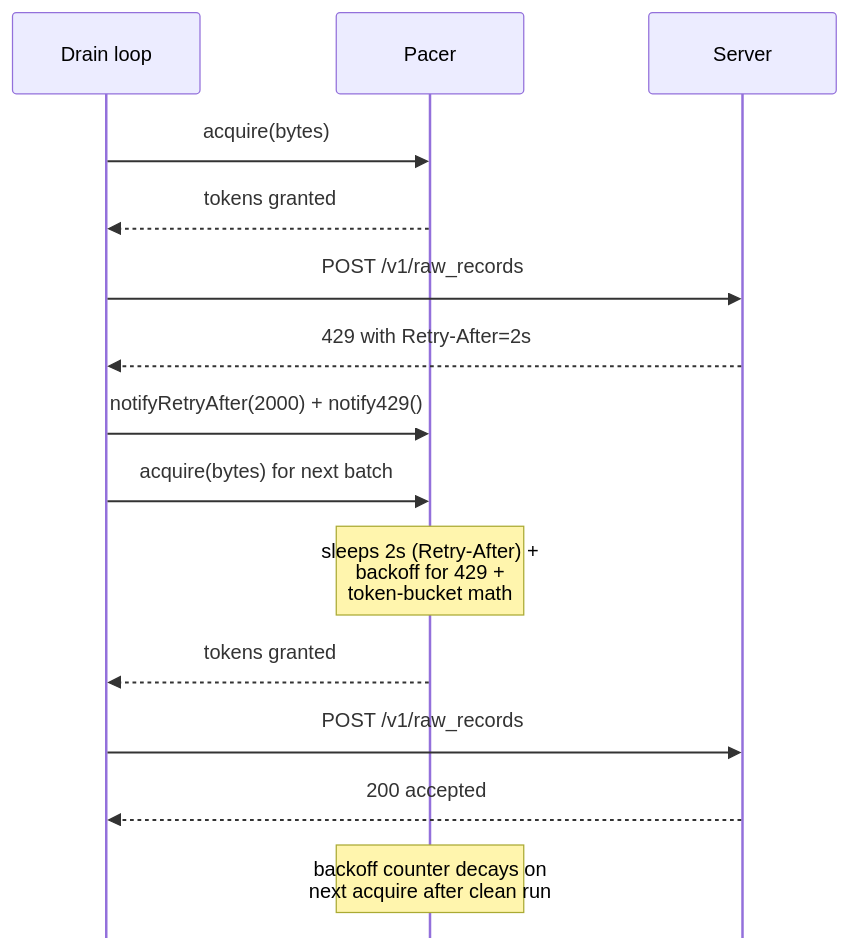
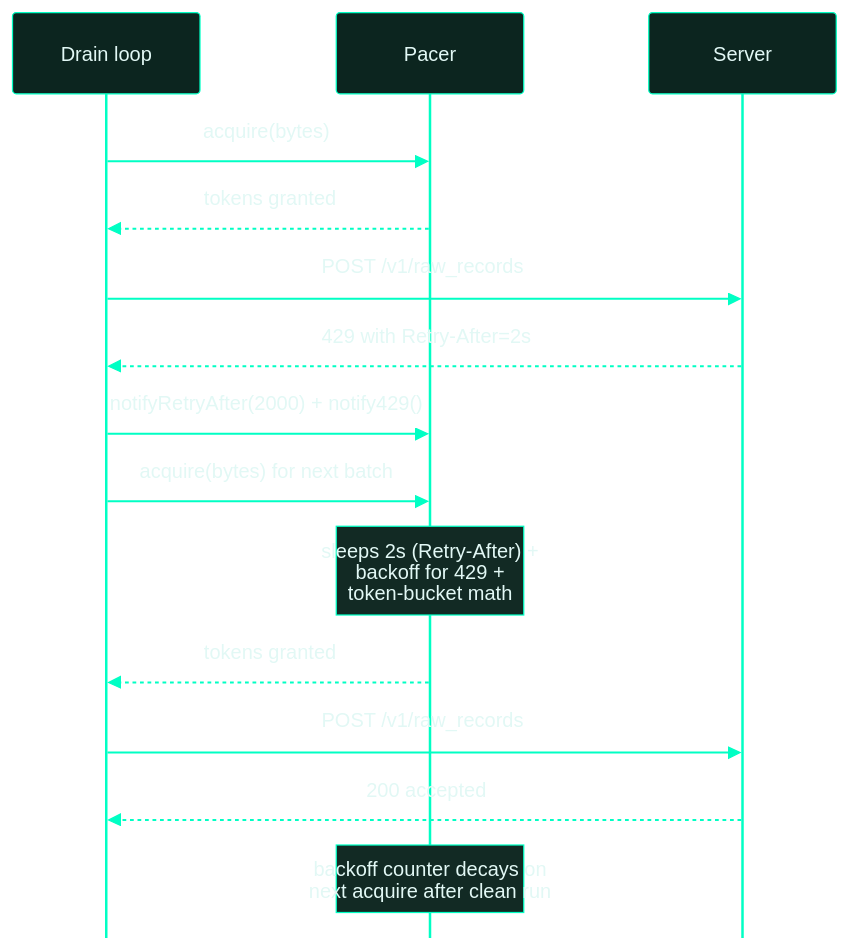
Before and after one commit to proxai/proxai_gateway: the second of 3 diagrams in docs/04-daemon-loops/4.2-drain-cycle.md, drawn with Mermaid. The commit also changed other lines of this file and 65 other files, not shown here.

````diff
--- a/docs/04-daemon-loops/4.2-drain-cycle.md
+++ b/docs/04-daemon-loops/4.2-drain-cycle.md
@@ -55,18 +86,18 @@
 ```mermaid
-%%{init: {'flowchart': {'useMaxWidth': false, 'htmlLabels': true, 'curve': 'basis', 'nodeSpacing': 60, 'rankSpacing': 80, 'padding': 20}, 'sequence': {'useMaxWidth': false, 'mirrorActors': false, 'actorMargin': 100, 'messageMargin': 50, 'boxMargin': 20, 'wrap': true}, 'stateDiagram': {'useMaxWidth': false, 'nodeSpacing': 60, 'rankSpacing': 80}, 'themeVariables': {'fontSize': '15px'}}}%%
+%%{init:{"sequence":{"useMaxWidth":false,"mirrorActors":false,"actorMargin":100,"messageMargin":50,"boxMargin":20,"wrap":true},"theme":"base","themeVariables":{"background":"#081612","actorBkg":"#0c251f","actorBorder":"#00ffc4","actorTextColor":"#e2f8f5","actorLineColor":"#00ffc4","signalColor":"#00ffc4","signalTextColor":"#e2f8f5","noteBkgColor":"#122a24","noteBorderColor":"#00ffc4","noteTextColor":"#e2f8f5","boxBkgColor":"#0c251f","boxBorderColor":"#00ffc4","boxTextColor":"#e2f8f5","fontSize":"14px"}}}%%
 sequenceDiagram
   participant D as Drain loop
   participant P as Pacer
   participant S as Server
   D->>P: acquire(bytes)
   P-->>D: tokens granted
   D->>S: POST /v1/raw_records
   S-->>D: 429 with Retry-After=2s
   D->>P: notifyRetryAfter(2000) + notify429()
   D->>P: acquire(bytes) for next batch
   Note over P: sleeps 2s (Retry-After) +<br/>backoff for 429 +<br/>token-bucket math
   P-->>D: tokens granted
   D->>S: POST /v1/raw_records
   S-->>D: 200 accepted
   Note over P: backoff counter decays on<br/>next acquire after clean run
 ```
````
